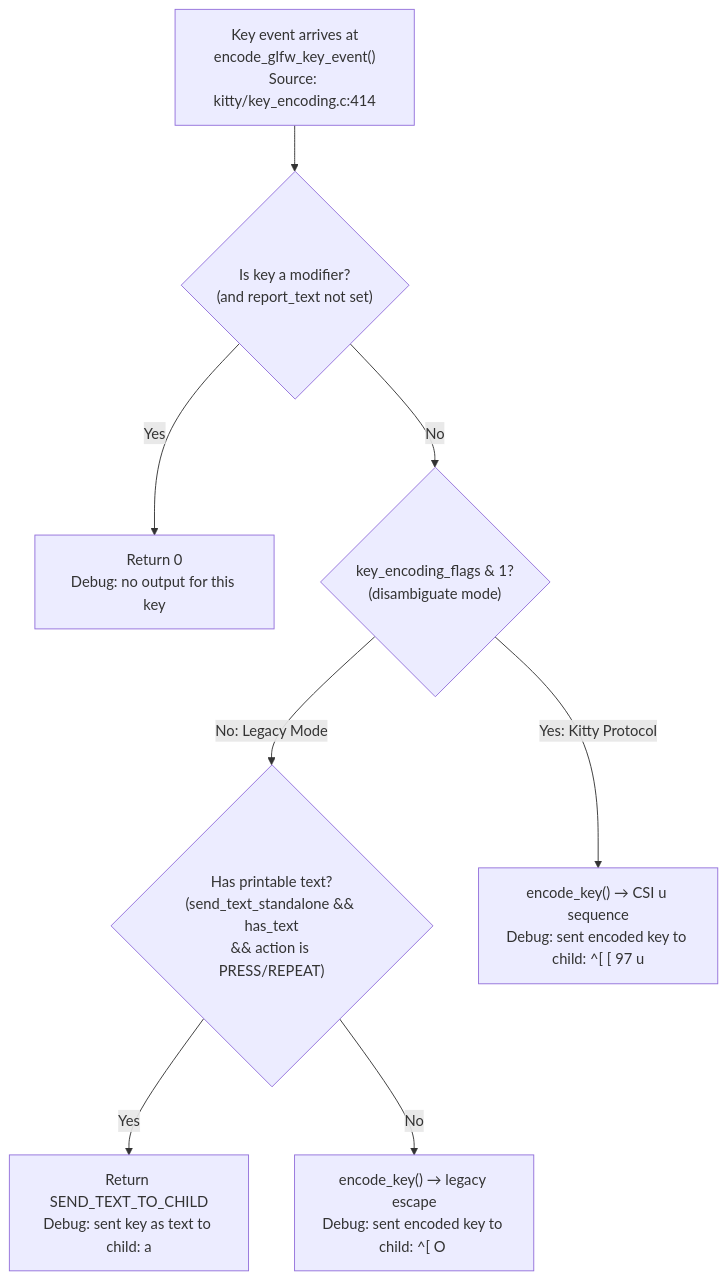
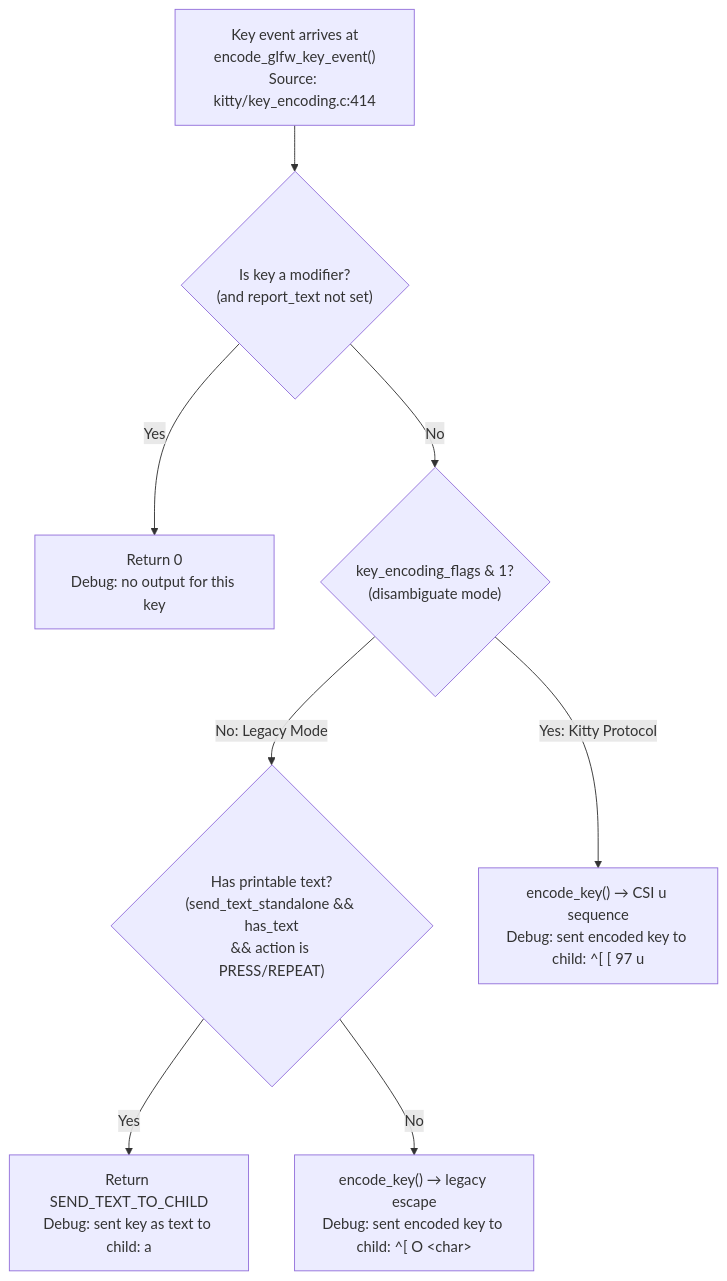
The third of 3 diagrams in blitzy/documentation/kitty_815df1e210e0.md (blitzy-research/kitty), drawn with Mermaid before and after one commit. The commit also changed other lines of this file, not shown here.

````diff
--- a/blitzy/documentation/kitty_815df1e210e0.md
+++ b/blitzy/documentation/kitty_815df1e210e0.md
@@ -627,10 +637,10 @@
 ```mermaid
 flowchart TD
     A["Key event arrives at<br/>encode_glfw_key_event()<br/>Source: kitty/key_encoding.c:414"] --> B{"Is key a modifier?<br/>(and report_text not set)"}
     B -->|"Yes"| C["Return 0<br/>Debug: no output for this key"]
     B -->|"No"| D{"key_encoding_flags & 1?<br/>(disambiguate mode)"}
     D -->|"No: Legacy Mode"| E{"Has printable text?<br/>(send_text_standalone && has_text<br/>&& action is PRESS/REPEAT)"}
     E -->|"Yes"| F["Return SEND_TEXT_TO_CHILD<br/>Debug: sent key as text to child: a"]
-    E -->|"No"| G["encode_key() → legacy escape<br/>Debug: sent encoded key to child: ^[ O <char>"]
+    E -->|"No"| G["encode_key() → legacy escape<br/>Debug: sent encoded key to child: ^[ O &lt;char&gt;"]
     D -->|"Yes: Kitty Protocol"| H["encode_key() → CSI u sequence<br/>Debug: sent encoded key to child: ^[ [ 97 u"]
 ```
````
